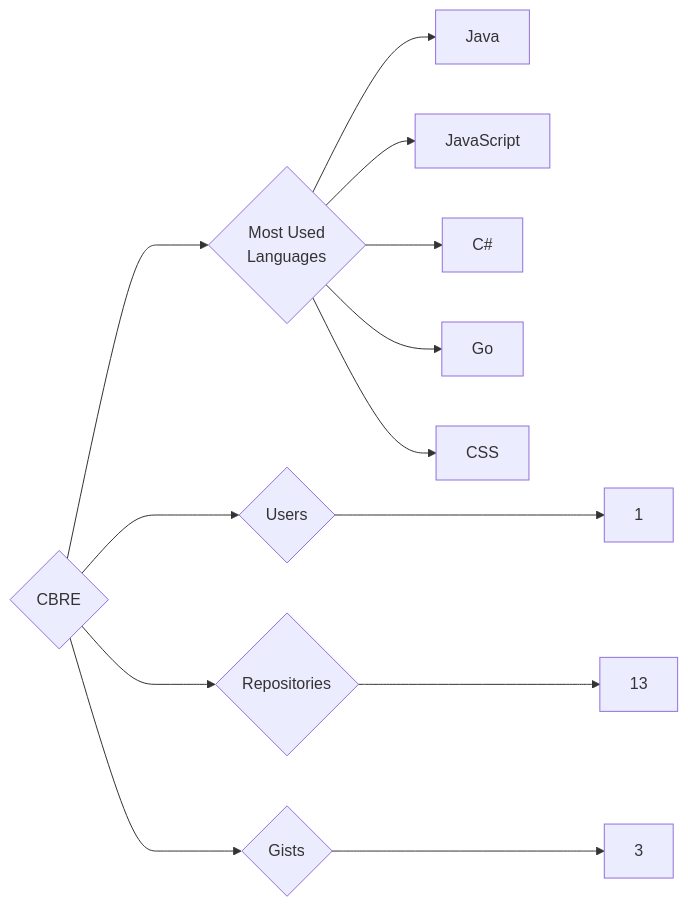
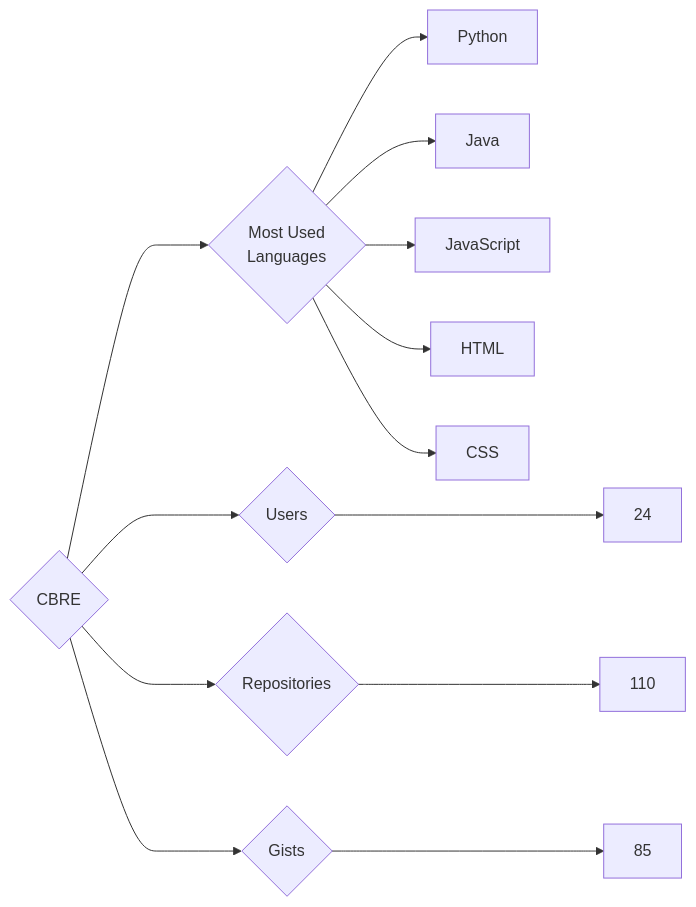
Before and after one commit to trickest/insiders: the diagram in targets/CBRE/README.md, drawn with Mermaid. The commit also changed 715 other files, not shown here.

````diff
--- a/targets/CBRE/README.md
+++ b/targets/CBRE/README.md
@@ -3,13 +3,13 @@
 ```mermaid
 graph LR
 COMPANY_NAME{CBRE}
-COMPANY_NAME ---> U{Users} ---> UN[1]
-COMPANY_NAME ---> R{Repositories} ---> RN[13]
-COMPANY_NAME ---> G{Gists} ---> GN[3]
+COMPANY_NAME ---> U{Users} ---> UN[24]
+COMPANY_NAME ---> R{Repositories} ---> RN[110]
+COMPANY_NAME ---> G{Gists} ---> GN[85]
 COMPANY_NAME ---> ML{Most Used<br>Languages}
+ML --> Python[Python]
 ML --> Java[Java]
 ML --> JavaScript[JavaScript]
-ML --> C#[C#]
-ML --> Go[Go]
+ML --> HTML[HTML]
 ML --> CSS[CSS]
 ```
````
